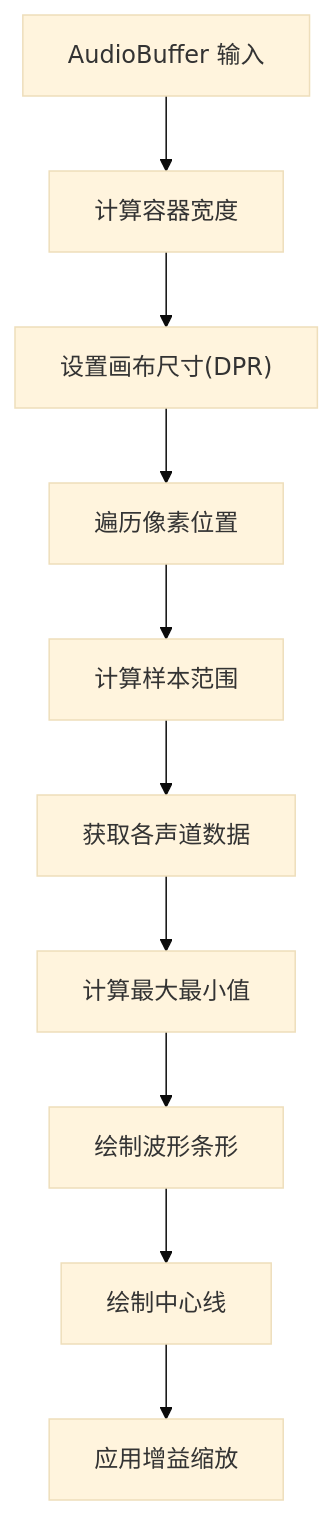
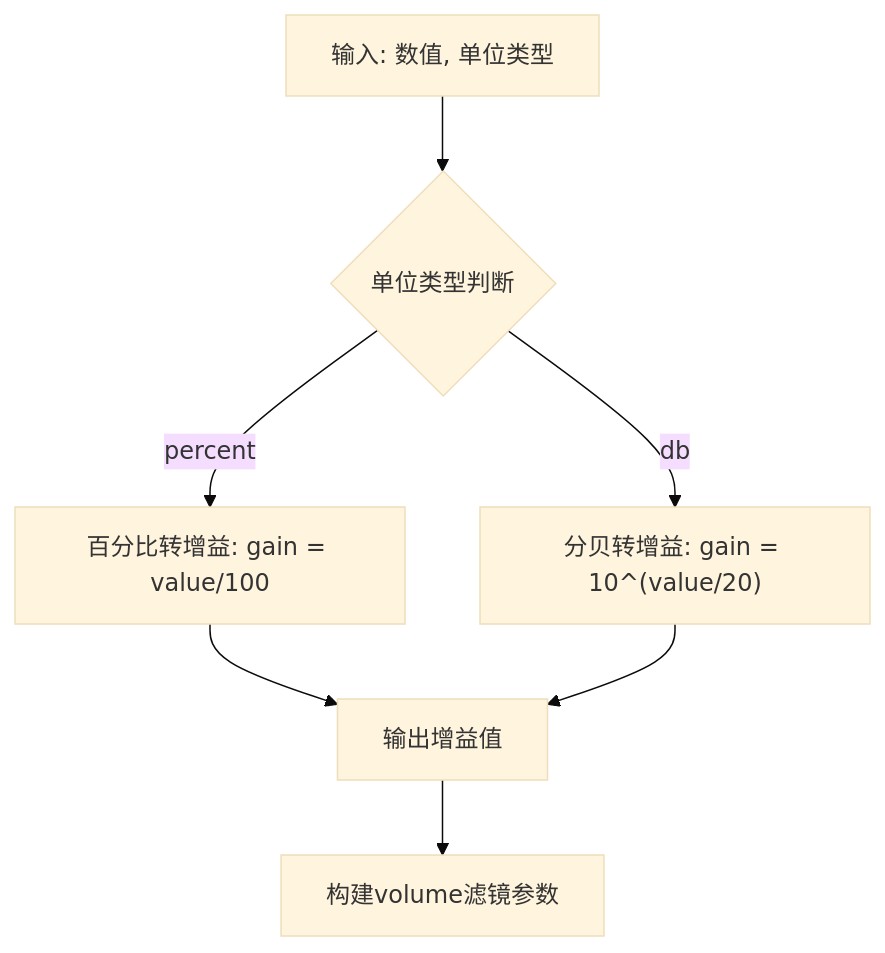
The fifth of 7 diagrams in .qoder/repowiki/zh/content/音频工具/音量调节.md (sgyy/privadeck), drawn with Mermaid (base theme) before and after one commit. The commit also changed other lines of this file and 48 other files, not shown here.

````diff
--- a/.qoder/repowiki/zh/content/音频工具/音量调节.md
+++ b/.qoder/repowiki/zh/content/音频工具/音量调节.md
@@ -256,12 +229,9 @@
 ```mermaid
 flowchart TD
-A["AudioBuffer 输入"] --> B["计算容器宽度"]
-B --> C["设置画布尺寸(DPR)"]
-C --> D["遍历像素位置"]
-D --> E["计算样本范围"]
-E --> F["获取各声道数据"]
-F --> G["计算最大最小值"]
-G --> H["绘制波形条形"]
-H --> I["绘制中心线"]
-I --> J["应用增益缩放"]
+A["输入: 数值, 单位类型"] --> B{"单位类型判断"}
+B --> |"percent"| C["百分比转增益: gain = value/100"]
+B --> |"db"| D["分贝转增益: gain = 10^(value/20)"]
+C --> E["输出增益值"]
+D --> E
+E --> F["构建volume滤镜参数"]
 ```
````
